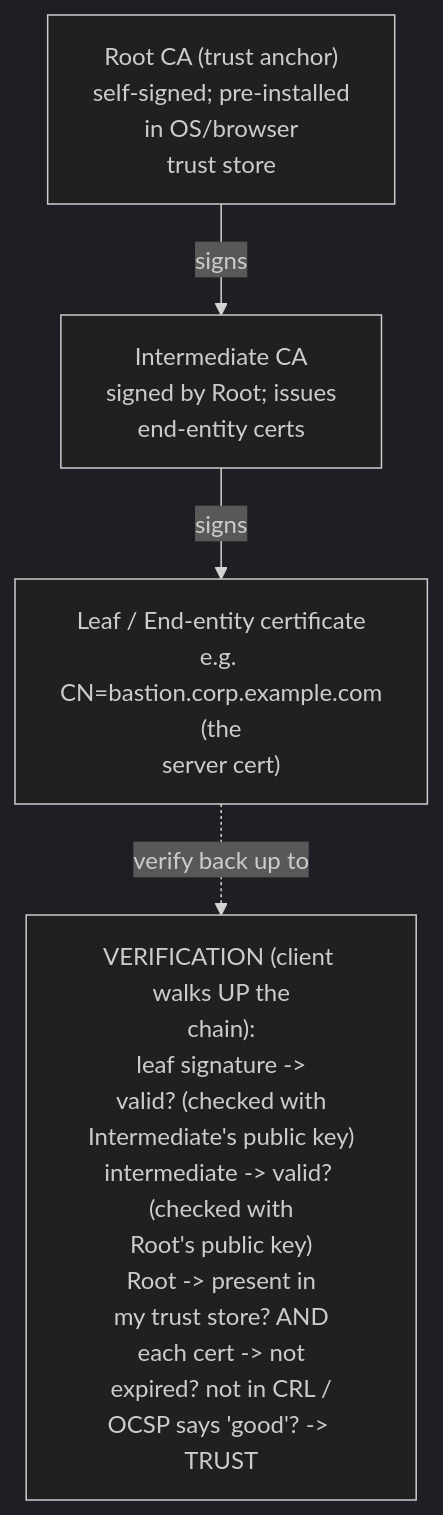
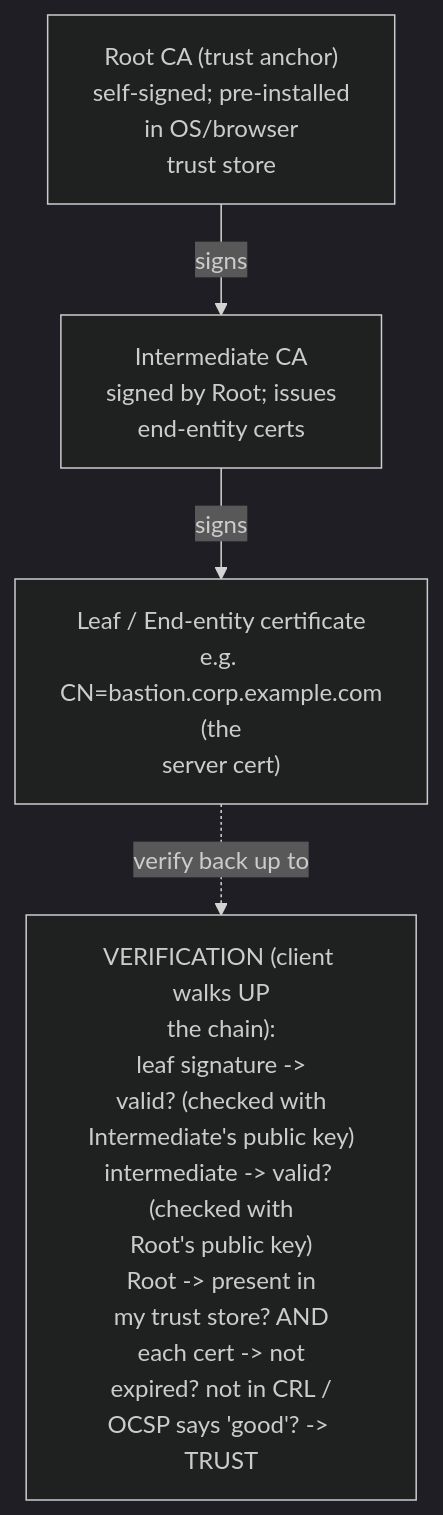
Before and after one commit to morandeirachema/WallixCerts: the third of 4 diagrams in prerequisites/cryptography-and-pki.md, drawn with Mermaid (dark theme). The commit also changed 8 other files, not shown here.

First line of the commit message:
Quality pass (no new topics): fix Mermaid orphans + harden the anchor checker

````diff
--- a/prerequisites/cryptography-and-pki.md
+++ b/prerequisites/cryptography-and-pki.md
@@ -146,11 +146,11 @@
 ```mermaid
 flowchart TD
     Root["Root CA (trust anchor)<br/>self-signed; pre-installed<br/>in OS/browser<br/>trust store"]
     Inter["Intermediate CA<br/>signed by Root; issues<br/>end-entity certs"]
     Leaf["Leaf / End-entity certificate<br/>e.g. CN=bastion.corp.example.com<br/>(the<br/>server cert)"]
     Root -->|signs| Inter
     Inter -->|signs| Leaf
 
-    V["VERIFICATION (client walks UP the<br/>chain):<br/>leaf signature -><br/>valid? (checked with<br/>Intermediate's public key)<br/>intermediate -> valid? (checked with<br/>Root's public key)<br/>Root -> present in<br/>my trust store? AND<br/>each cert -> not<br/>expired? not in CRL /<br/>OCSP says 'good'? -> TRUST"]
+    V["VERIFICATION (client walks UP<br/>the chain):<br/>leaf signature -><br/>valid? (checked with<br/>Intermediate's public key)<br/>intermediate -> valid? (checked with<br/>Root's public key)<br/>Root -> present in<br/>my trust store? AND<br/>each cert -> not<br/>expired? not in CRL /<br/>OCSP says 'good'? -> TRUST"]
     Leaf -.->|verify back up to| V
 ```
````
